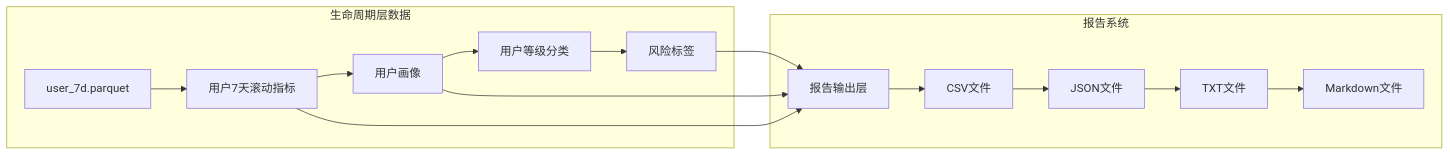
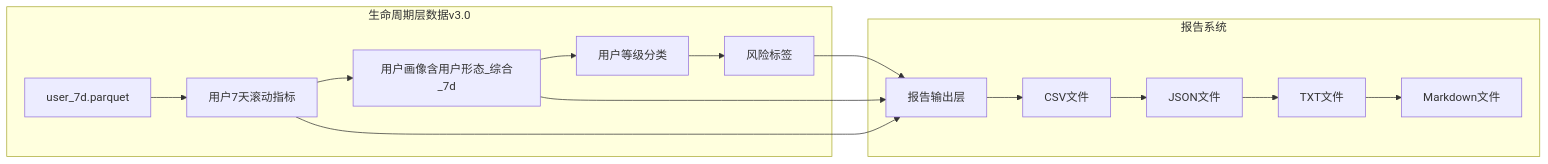
Before and after one commit to cr71111/User_characteristics_repo: the fifth of 6 diagrams in .qoder/repowiki/zh/content/报告系统.md, drawn with Mermaid. The commit also changed other lines of this file and 158 other files, not shown here.

````diff
--- a/.qoder/repowiki/zh/content/报告系统.md
+++ b/.qoder/repowiki/zh/content/报告系统.md
@@ -238,18 +261,18 @@
 ```mermaid
 graph LR
-subgraph "生命周期层数据"
+subgraph "生命周期层数据v3.0"
 A[user_7d.parquet] --> B[用户7天滚动指标]
-B --> C[用户画像]
+B --> C[用户画像含用户形态_综合_7d]
 C --> D[用户等级分类]
 D --> E[风险标签]
 end
 subgraph "报告系统"
 F[报告输出层] --> G[CSV文件]
 G --> H[JSON文件]
 H --> I[TXT文件]
 I --> J[Markdown文件]
 end
 E --> F
 C --> F
 B --> F
 ```
````
